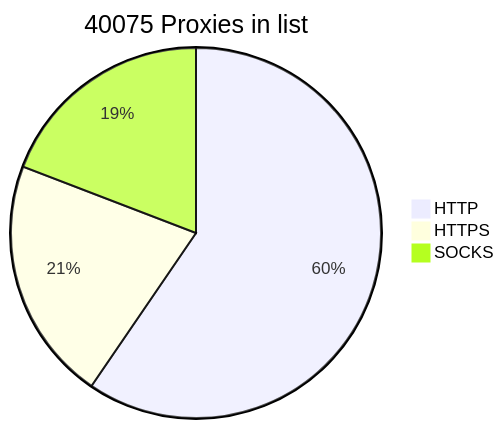
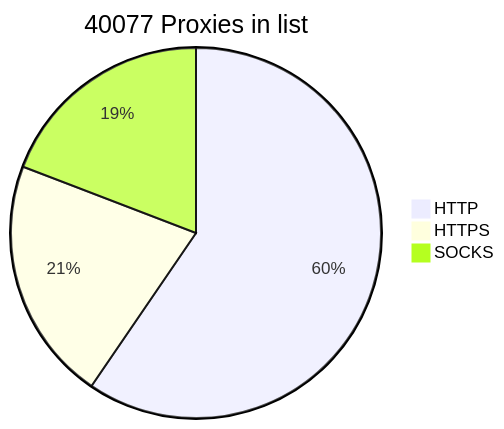
One commit to BlackSnowDot/proxylist-update-every-minute changed the diagram in README.md. Above: the diagram before and after it, drawn with Mermaid.

````diff
--- a/README.md
+++ b/README.md
@@ -2,6 +2,6 @@
 ```mermaid
-pie title 40075 Proxies in list
-    "HTTP" : 27832
+pie title 40077 Proxies in list
+    "HTTP" : 27831
     "HTTPS": 9950
-    "SOCKS" : 8963
+    "SOCKS" : 8964
 ```
````
